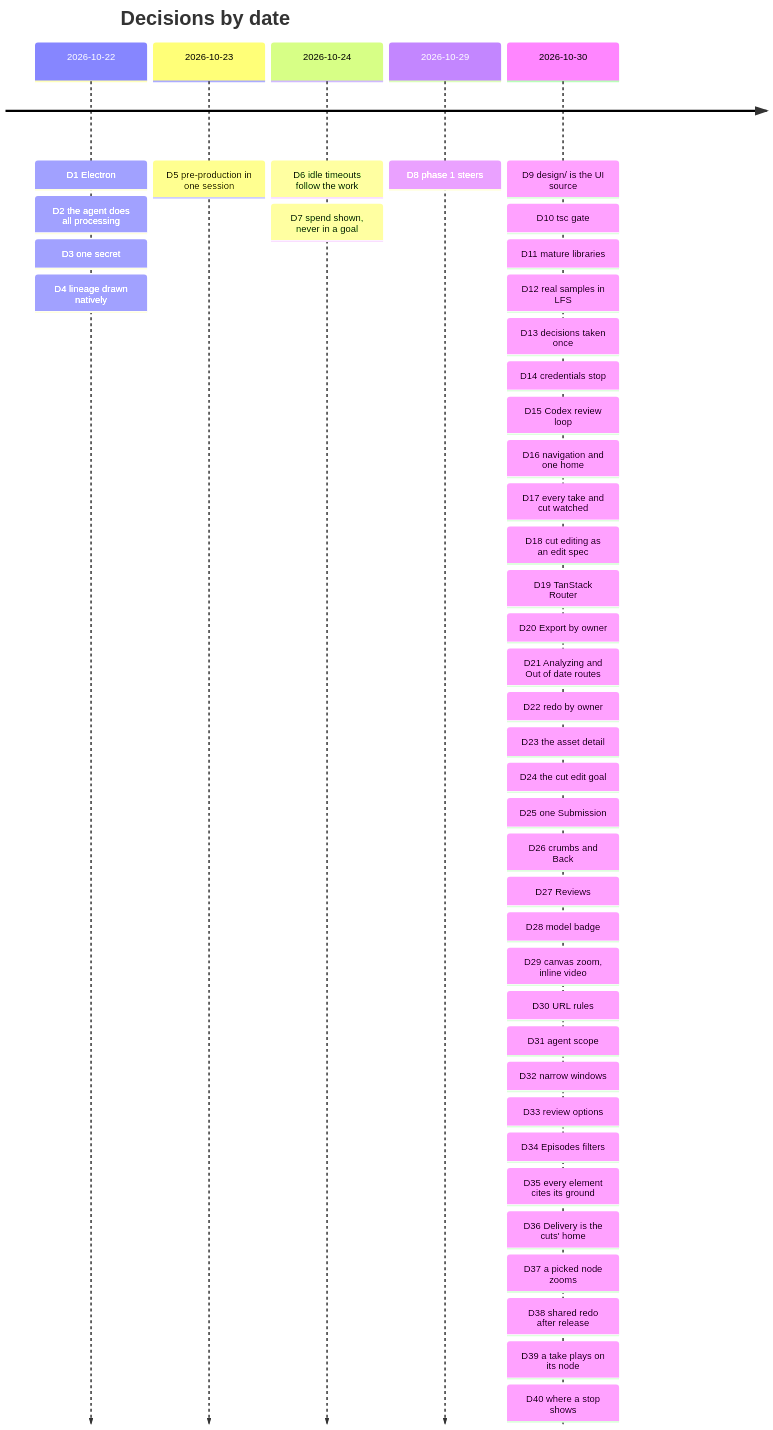
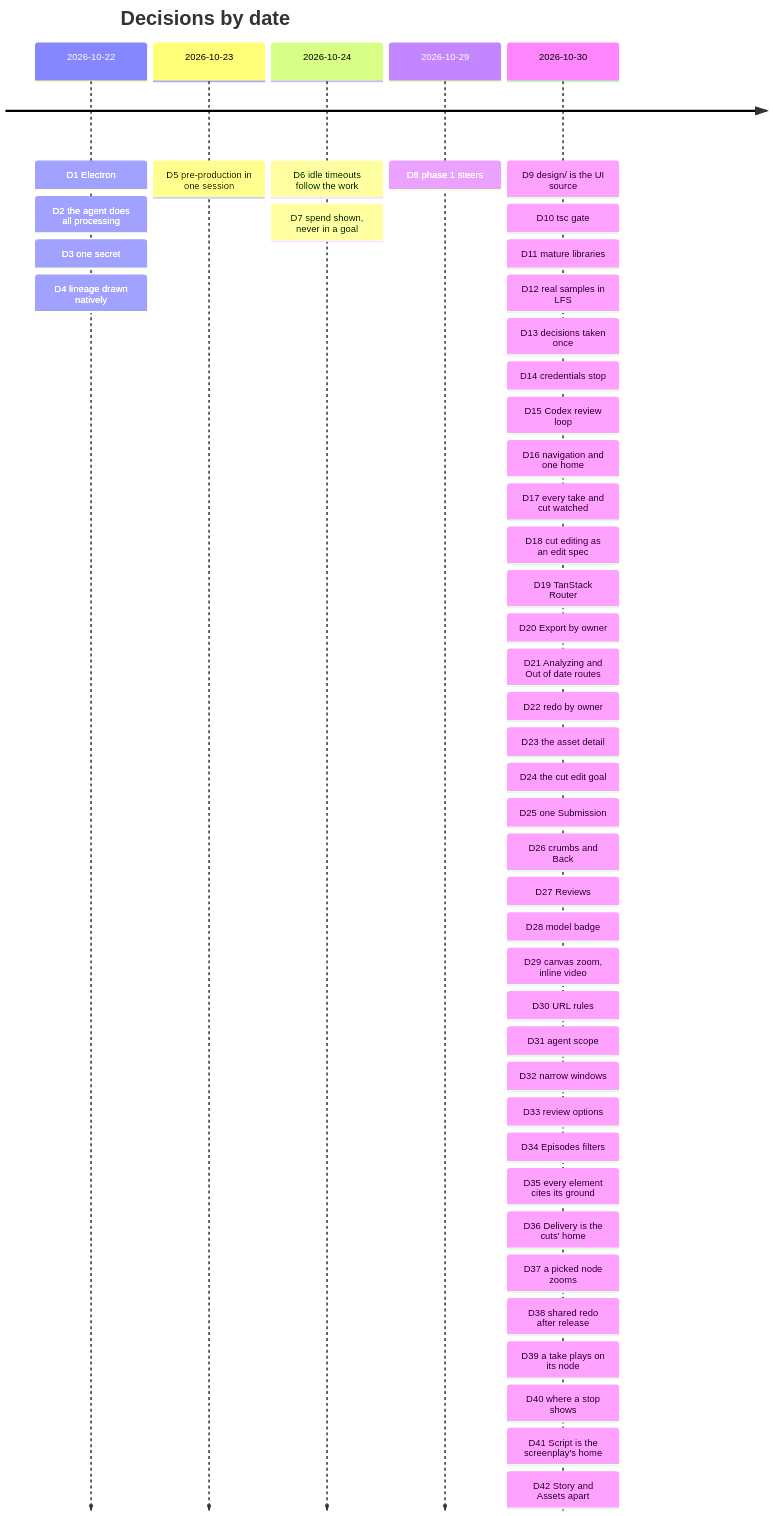
Before and after one commit to PineComputer/open-pinedrama: the diagram in docs/decisions.md, drawn with Mermaid. The commit also changed other lines of this file, not shown here.

Commit message:
docs: D41 Script is the screenplay's home only; D42 Story and Assets are two pages

````diff
--- a/docs/decisions.md
+++ b/docs/decisions.md
@@ -18,9 +18,9 @@
 ```mermaid
 timeline
   title Decisions by date
   2026-10-22 : D1 Electron : D2 the agent does all processing : D3 one secret : D4 lineage drawn natively
   2026-10-23 : D5 pre-production in one session
   2026-10-24 : D6 idle timeouts follow the work : D7 spend shown, never in a goal
   2026-10-29 : D8 phase 1 steers
-  2026-10-30 : D9 design/ is the UI source : D10 tsc gate : D11 mature libraries : D12 real samples in LFS : D13 decisions taken once : D14 credentials stop : D15 Codex review loop : D16 navigation and one home : D17 every take and cut watched : D18 cut editing as an edit spec : D19 TanStack Router : D20 Export by owner : D21 Analyzing and Out of date routes : D22 redo by owner : D23 the asset detail : D24 the cut edit goal : D25 one Submission : D26 crumbs and Back : D27 Reviews : D28 model badge : D29 canvas zoom, inline video : D30 URL rules : D31 agent scope : D32 narrow windows : D33 review options : D34 Episodes filters : D35 every element cites its ground : D36 Delivery is the cuts' home : D37 a picked node zooms : D38 shared redo after release : D39 a take plays on its node : D40 where a stop shows
+  2026-10-30 : D9 design/ is the UI source : D10 tsc gate : D11 mature libraries : D12 real samples in LFS : D13 decisions taken once : D14 credentials stop : D15 Codex review loop : D16 navigation and one home : D17 every take and cut watched : D18 cut editing as an edit spec : D19 TanStack Router : D20 Export by owner : D21 Analyzing and Out of date routes : D22 redo by owner : D23 the asset detail : D24 the cut edit goal : D25 one Submission : D26 crumbs and Back : D27 Reviews : D28 model badge : D29 canvas zoom, inline video : D30 URL rules : D31 agent scope : D32 narrow windows : D33 review options : D34 Episodes filters : D35 every element cites its ground : D36 Delivery is the cuts' home : D37 a picked node zooms : D38 shared redo after release : D39 a take plays on its node : D40 where a stop shows : D41 Script is the screenplay's home : D42 Story and Assets apart
 ```
````
